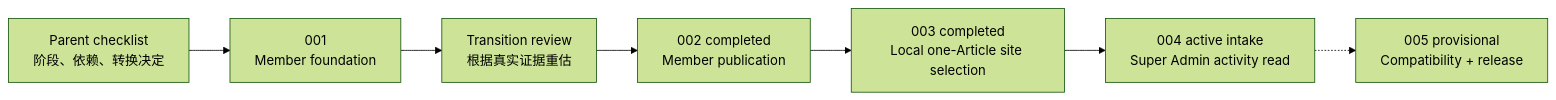
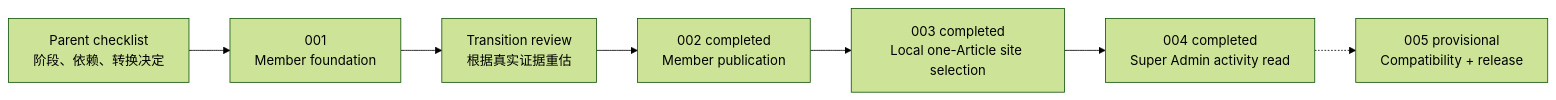
The diagram in docs/roadmap/agent-workspace-program.md (lonelyreader/chinaknowledge), drawn with Mermaid (forest theme) before and after one commit. The commit also changed other lines of this file and 15 other files, not shown here.

Commit message:
feat(agent): complete super admin activity read

````diff
--- a/docs/roadmap/agent-workspace-program.md
+++ b/docs/roadmap/agent-workspace-program.md
@@ -21,9 +21,9 @@
 ```mermaid
 flowchart LR
     P["Parent checklist<br/>阶段、依赖、转换决定"] --> A1["001<br/>Member foundation"]
     A1 --> R["Transition review<br/>根据真实证据重估"]
     R --> A2["002 completed<br/>Member publication"]
     A2 --> A3["003 completed<br/>Local one-Article site selection"]
-    A3 --> A4["004 active intake<br/>Super Admin activity read"]
+    A3 --> A4["004 completed<br/>Super Admin activity read"]
     A4 -.-> A5["005 provisional<br/>Compatibility + release"]
 ```
````
